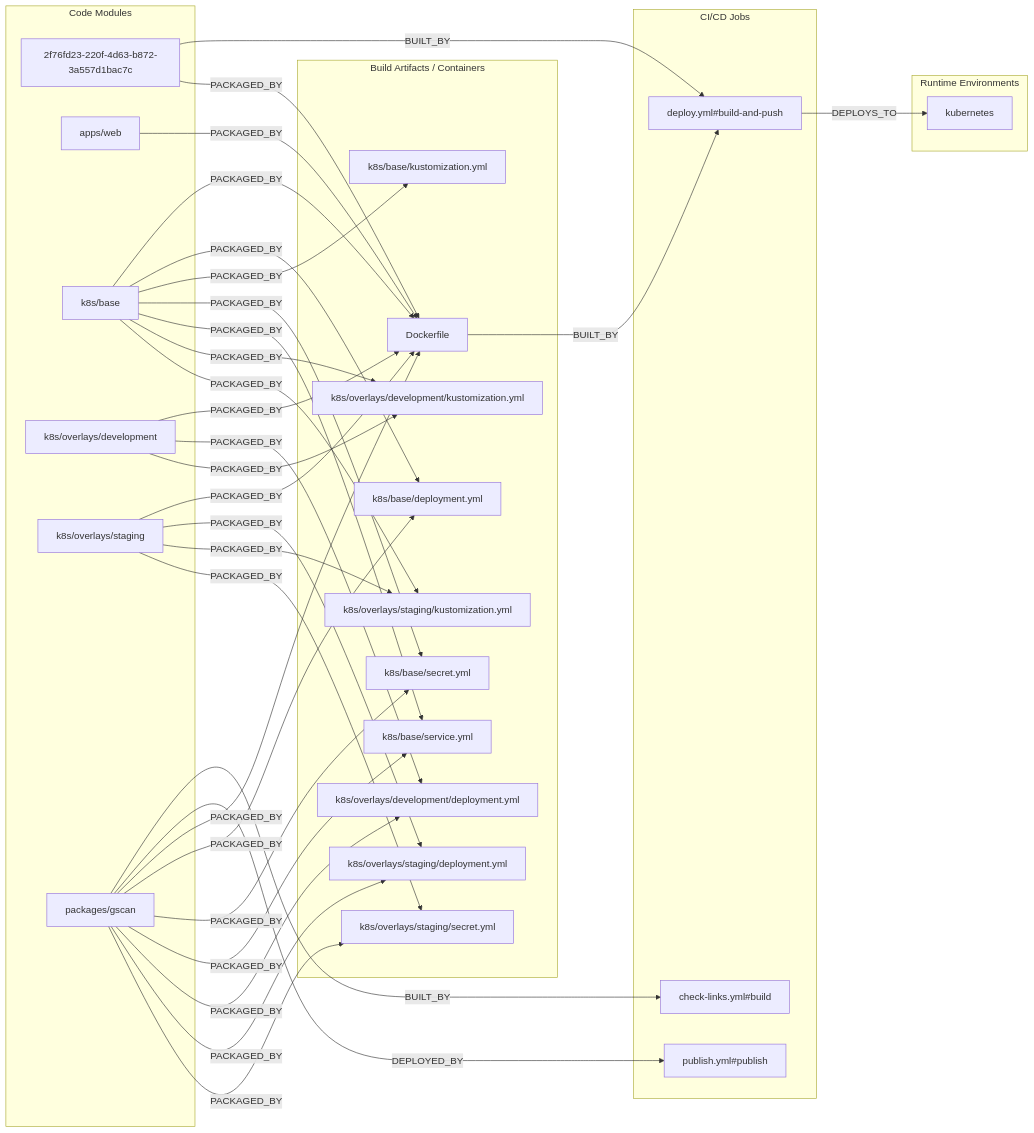
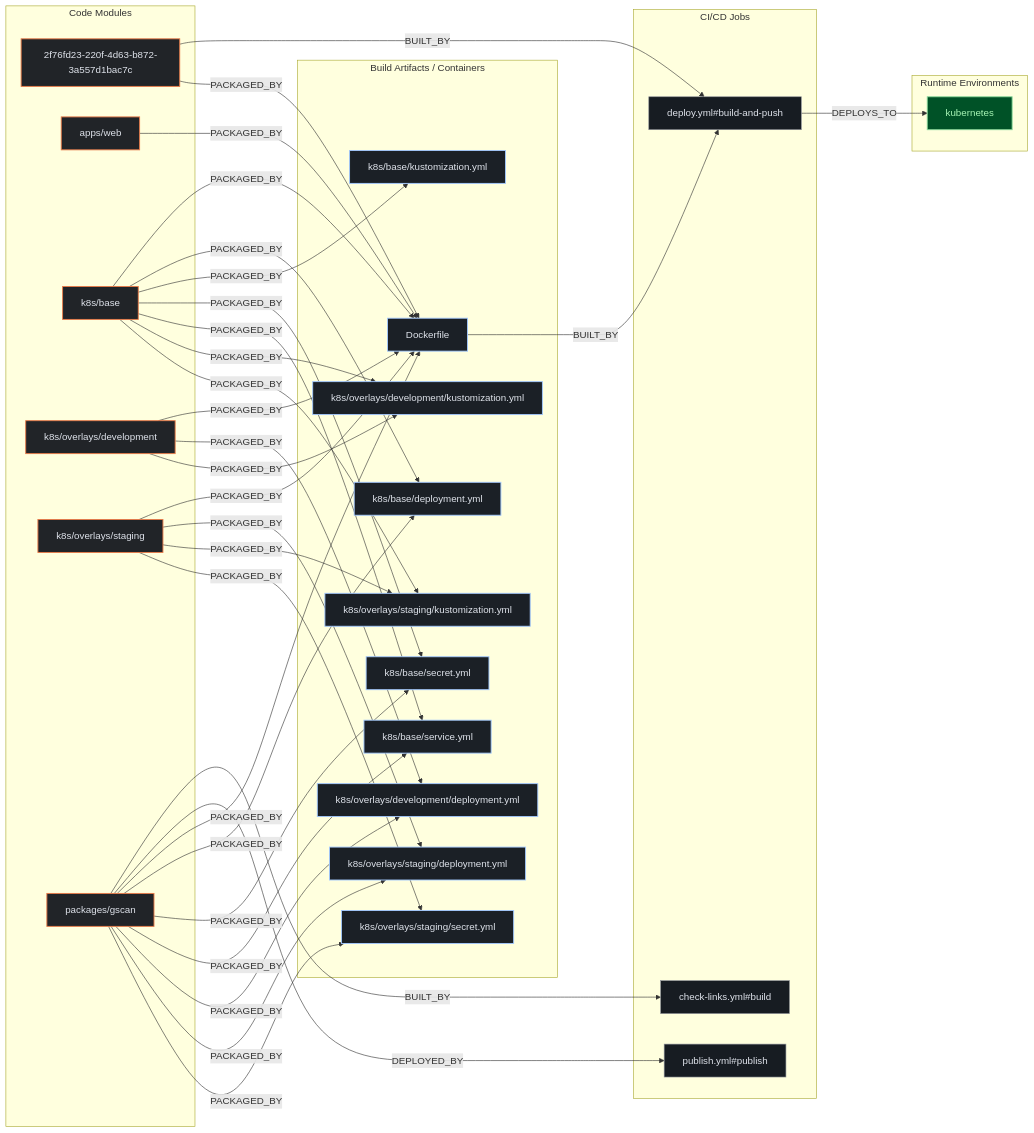
Before and after one commit to kumarshaz/atruss-code-atlas: the second of 3 diagrams in exports/latest/reports/TryGhost-gscan-report.md, drawn with Mermaid. The commit also changed other lines of this file and 331 other files, not shown here.

Commit message:
docs,ui,fix: update SDLC docs, reorder CI/CD DAG first, stylize Mermaid, and fix Arc42 pipeline topology

````diff
--- a/exports/latest/reports/TryGhost-gscan-report.md
+++ b/exports/latest/reports/TryGhost-gscan-report.md
@@ -177,59 +184,63 @@
 ```mermaid
 flowchart LR
+    classDef atlasCategory fill:#212428,stroke:#E87A48,stroke-width:1.5px,color:#dfe3eb
+    classDef atlasWorkflow fill:#1b2026,stroke:#a3c9ff,stroke-width:1.5px,color:#dfe3eb
+    classDef atlasJob fill:#171c22,stroke:#8d9199,stroke-width:1px,color:#dfe3eb
+    classDef atlasTarget fill:#005227,stroke:#8bd99b,stroke-width:1.5px,color:#a7f6b6
     subgraph code_modules["Code Modules"]
-        mod_2f76fd23_220f_4d63_b872_3a557d1bac7c["2f76fd23-220f-4d63-b872-3a557d1bac7c"]
-        mod_apps_web["apps/web"]
-        mod_k8s_base["k8s/base"]
-        mod_k8s_overlays_development["k8s/overlays/development"]
-        mod_k8s_overlays_staging["k8s/overlays/staging"]
-        mod_packages_gscan["packages/gscan"]
+        mod_2f76fd23_220f_4d63_b872_3a557d1bac7c["2f76fd23-220f-4d63-b872-3a557d1bac7c"]:::atlasCategory
+        mod_apps_web["apps/web"]:::atlasCategory
+        mod_k8s_base["k8s/base"]:::atlasCategory
+        mod_k8s_overlays_development["k8s/overlays/development"]:::atlasCategory
+        mod_k8s_overlays_staging["k8s/overlays/staging"]:::atlasCategory
+        mod_packages_gscan["packages/gscan"]:::atlasCategory
     end
     subgraph build_artifacts["Build Artifacts / Containers"]
-        art_Dockerfile["Dockerfile"]
-        art_k8s_base_deployment_yml["k8s/base/deployment.yml"]
-        art_k8s_base_kustomization_yml["k8s/base/kustomization.yml"]
-        art_k8s_base_secret_yml["k8s/base/secret.yml"]
-        art_k8s_base_service_yml["k8s/base/service.yml"]
-        art_k8s_overlays_development_deployment_yml["k8s/overlays/development/deployment.yml"]
-        art_k8s_overlays_development_kustomization_yml["k8s/overlays/development/kustomization.yml"]
-        art_k8s_overlays_staging_deployment_yml["k8s/overlays/staging/deployment.yml"]
-        art_k8s_overlays_staging_kustomization_yml["k8s/overlays/staging/kustomization.yml"]
-        art_k8s_overlays_staging_secret_yml["k8s/overlays/staging/secret.yml"]
+        art_Dockerfile["Dockerfile"]:::atlasWorkflow
+        art_k8s_base_deployment_yml["k8s/base/deployment.yml"]:::atlasWorkflow
+        art_k8s_base_kustomization_yml["k8s/base/kustomization.yml"]:::atlasWorkflow
+        art_k8s_base_secret_yml["k8s/base/secret.yml"]:::atlasWorkflow
+        art_k8s_base_service_yml["k8s/base/service.yml"]:::atlasWorkflow
+        art_k8s_overlays_development_deployment_yml["k8s/overlays/development/deployment.yml"]:::atlasWorkflow
+        art_k8s_overlays_development_kustomization_yml["k8s/overlays/development/kustomization.yml"]:::atlasWorkflow
+        art_k8s_overlays_staging_deployment_yml["k8s/overlays/staging/deployment.yml"]:::atlasWorkflow
+        art_k8s_overlays_staging_kustomization_yml["k8s/overlays/staging/kustomization.yml"]:::atlasWorkflow
+        art_k8s_overlays_staging_secret_yml["k8s/overlays/staging/secret.yml"]:::atlasWorkflow
     end
     subgraph ci_jobs["CI/CD Jobs"]
-        job_check_links_yml_build["check-links.yml#build"]
-        job_deploy_yml_build_and_push["deploy.yml#build-and-push"]
-        job_publish_yml_publish["publish.yml#publish"]
+        job_check_links_yml_build["check-links.yml#build"]:::atlasJob
+        job_deploy_yml_build_and_push["deploy.yml#build-and-push"]:::atlasJob
+        job_publish_yml_publish["publish.yml#publish"]:::atlasJob
     end
     subgraph runtime_envs["Runtime Environments"]
-        env_kubernetes["kubernetes"]
+        env_kubernetes["kubernetes"]:::atlasTarget
     end
     job_deploy_yml_build_and_push -->|DEPLOYS_TO| env_kubernetes
     mod_2f76fd23_220f_4d63_b872_3a557d1bac7c -->|BUILT_BY| job_deploy_yml_build_and_push
     mod_2f76fd23_220f_4d63_b872_3a557d1bac7c -->|PACKAGED_BY| art_Dockerfile
     mod_apps_web -->|PACKAGED_BY| art_Dockerfile
     mod_k8s_base -->|PACKAGED_BY| art_Dockerfile
     mod_k8s_base -->|PACKAGED_BY| art_k8s_base_deployment_yml
     mod_k8s_base -->|PACKAGED_BY| art_k8s_base_kustomization_yml
     mod_k8s_base -->|PACKAGED_BY| art_k8s_base_secret_yml
     mod_k8s_base -->|PACKAGED_BY| art_k8s_base_service_yml
     mod_k8s_base -->|PACKAGED_BY| art_k8s_overlays_development_kustomization_yml
     mod_k8s_base -->|PACKAGED_BY| art_k8s_overlays_staging_kustomization_yml
     mod_k8s_overlays_development -->|PACKAGED_BY| art_Dockerfile
     mod_k8s_overlays_development -->|PACKAGED_BY| art_k8s_overlays_development_deployment_yml
     mod_k8s_overlays_development -->|PACKAGED_BY| art_k8s_overlays_development_kustomization_yml
     mod_k8s_overlays_staging -->|PACKAGED_BY| art_Dockerfile
     mod_k8s_overlays_staging -->|PACKAGED_BY| art_k8s_overlays_staging_deployment_yml
     mod_k8s_overlays_staging -->|PACKAGED_BY| art_k8s_overlays_staging_kustomization_yml
     mod_k8s_overlays_staging -->|PACKAGED_BY| art_k8s_overlays_staging_secret_yml
     mod_packages_gscan -->|BUILT_BY| job_check_links_yml_build
     mod_packages_gscan -->|DEPLOYED_BY| job_publish_yml_publish
     mod_packages_gscan -->|PACKAGED_BY| art_Dockerfile
     mod_packages_gscan -->|PACKAGED_BY| art_k8s_base_deployment_yml
     mod_packages_gscan -->|PACKAGED_BY| art_k8s_base_secret_yml
     mod_packages_gscan -->|PACKAGED_BY| art_k8s_base_service_yml
     mod_packages_gscan -->|PACKAGED_BY| art_k8s_overlays_development_deployment_yml
     mod_packages_gscan -->|PACKAGED_BY| art_k8s_overlays_staging_deployment_yml
     mod_packages_gscan -->|PACKAGED_BY| art_k8s_overlays_staging_secret_yml
     art_Dockerfile -->|BUILT_BY| job_deploy_yml_build_and_push
 ```
````
